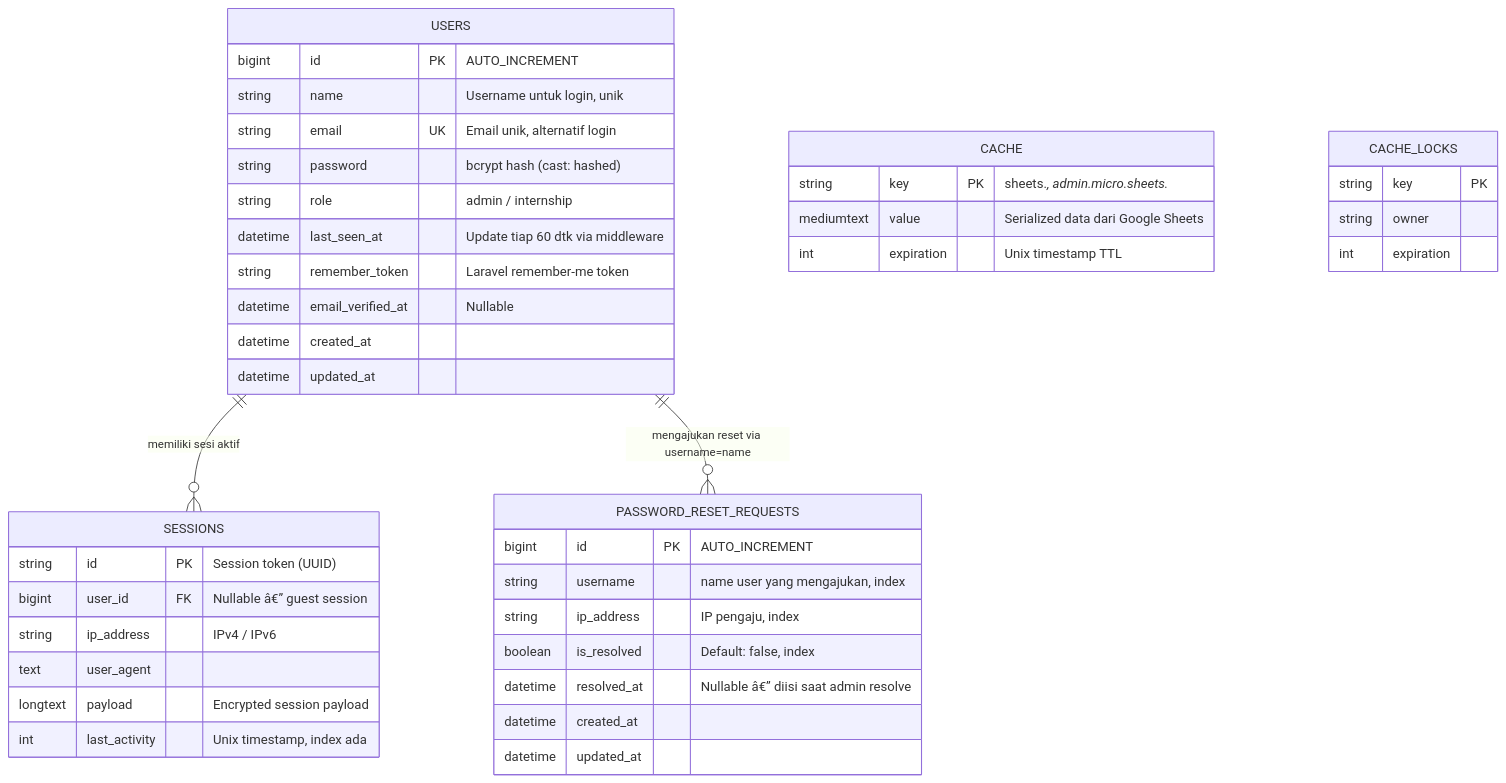
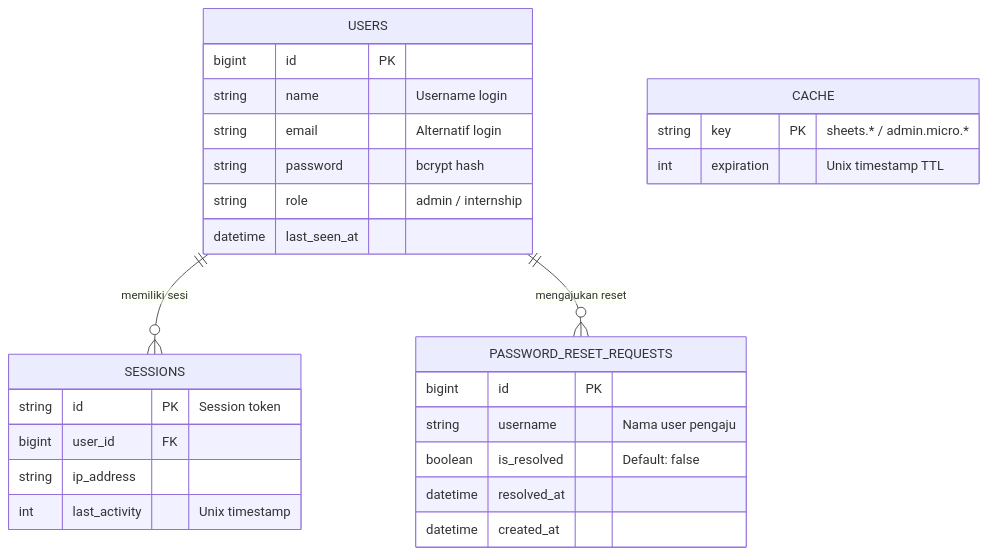
Before and after one commit to Rpl087/PROJECT-MAGANG: the sixth of 7 diagrams in README.md, drawn with Mermaid. The commit also changed other lines of this file, not shown here.

````diff
--- a/README.md
+++ b/README.md
@@ -413,49 +419,34 @@
 ```mermaid
 erDiagram
     USERS {
-        bigint id PK "AUTO_INCREMENT"
-        string name "Username untuk login, unik"
-        string email UK "Email unik, alternatif login"
-        string password "bcrypt hash (cast: hashed)"
+        bigint id PK
+        string name "Username login"
+        string email "Alternatif login"
+        string password "bcrypt hash"
         string role "admin / internship"
-        datetime last_seen_at "Update tiap 60 dtk via middleware"
-        string remember_token "Laravel remember-me token"
-        datetime email_verified_at "Nullable"
-        datetime created_at
-        datetime updated_at
+        datetime last_seen_at
     }
 
     SESSIONS {
-        string id PK "Session token (UUID)"
-        bigint user_id FK "Nullable â€” guest session"
-        string ip_address "IPv4 / IPv6"
-        text user_agent
-        longtext payload "Encrypted session payload"
-        int last_activity "Unix timestamp, index ada"
+        string id PK "Session token"
+        bigint user_id FK
+        string ip_address
+        int last_activity "Unix timestamp"
     }
 
     PASSWORD_RESET_REQUESTS {
-        bigint id PK "AUTO_INCREMENT"
-        string username "name user yang mengajukan, index"
-        string ip_address "IP pengaju, index"
-        boolean is_resolved "Default: false, index"
-        datetime resolved_at "Nullable â€” diisi saat admin resolve"
+        bigint id PK
+        string username "Nama user pengaju"
+        boolean is_resolved "Default: false"
+        datetime resolved_at
         datetime created_at
-        datetime updated_at
     }
 
     CACHE {
-        string key PK "sheets.*, admin.micro.sheets.*"
-        mediumtext value "Serialized data dari Google Sheets"
+        string key PK "sheets.* / admin.micro.*"
         int expiration "Unix timestamp TTL"
     }
 
-    CACHE_LOCKS {
-        string key PK
-        string owner
-        int expiration
-    }
-
-    USERS ||--o{ SESSIONS : "memiliki sesi aktif"
-    USERS ||--o{ PASSWORD_RESET_REQUESTS : "mengajukan reset via username=name"
+    USERS ||--o{ SESSIONS : "memiliki sesi"
+    USERS ||--o{ PASSWORD_RESET_REQUESTS : "mengajukan reset"
 ```
````
